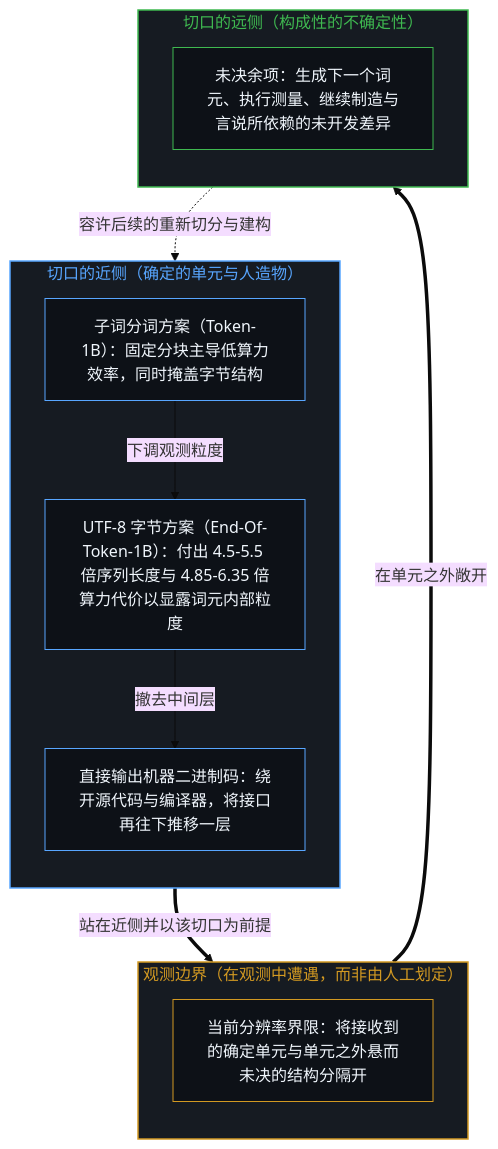
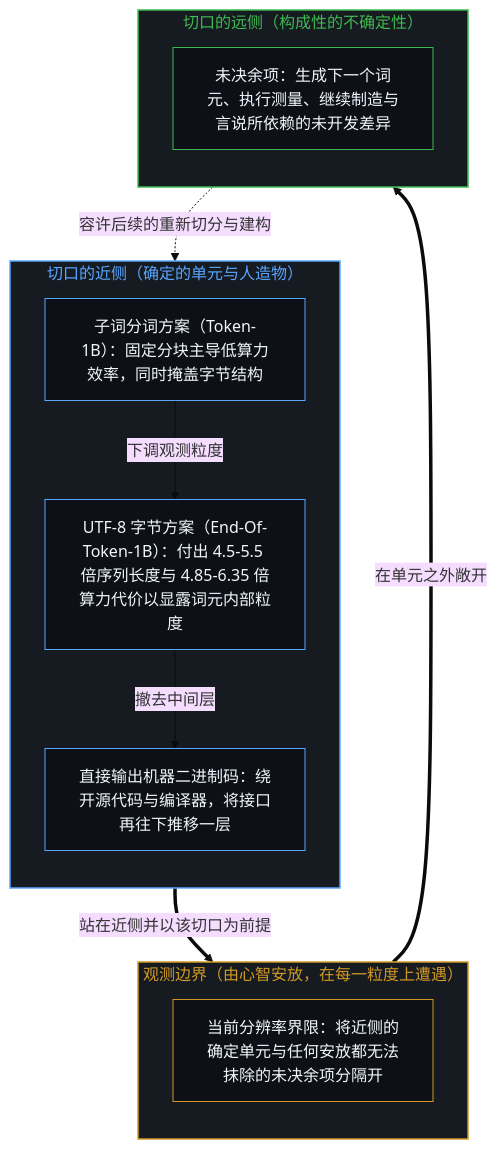
Before and after one commit to powerpig99/not-a-toe: the first of 4 diagrams in content/posts/tokens-and-the-observational-boundary.md, drawn with Mermaid (base theme). The commit also changed other lines of this file and 13 other files, not shown here.

````diff
--- a/content/posts/tokens-and-the-observational-boundary.md
+++ b/content/posts/tokens-and-the-observational-boundary.md
@@ -21,29 +21,29 @@
 ```mermaid
 flowchart TD
     subgraph S_Near["切口的近侧（确定的单元与人造物）"]
         direction TB
         N_Token["子词分词方案（Token-1B）：固定分块主导低算力效率，同时掩盖字节结构"]
         N_Byte["UTF-8 字节方案（End-Of-Token-1B）：付出 4.5-5.5 倍序列长度与 4.85-6.35 倍算力代价以显露词元内部粒度"]
         N_Bin["直接输出机器二进制码：绕开源代码与编译器，将接口再往下推移一层"]
         N_Token -->|"下调观测粒度"| N_Byte -->|"撤去中间层"| N_Bin
     end
-    subgraph S_Cut["观测边界（在观测中遭遇，而非由人工划定）"]
+    subgraph S_Cut["观测边界（由心智安放，在每一粒度上遭遇）"]
         direction TB
-        C_Bound["当前分辨率界限：将接收到的确定单元与单元之外悬而未决的结构分隔开"]
+        C_Bound["当前分辨率界限：将近侧的确定单元与任何安放都无法抹除的未决余项分隔开"]
     end
     subgraph S_Far["切口的远侧（构成性的不确定性）"]
         direction TB
         F_Indet["未决余项：生成下一个词元、执行测量、继续制造与言说所依赖的未开发差异"]
     end
     N_Bin ==>|"站在近侧并以该切口为前提"| C_Bound
     C_Bound ==>|"在单元之外敞开"| F_Indet
     F_Indet -.->|"容许后续的重新切分与建构"| N_Token
     style S_Near fill:#161b22,stroke:#58a6ff,stroke-width:1.5px,color:#58a6ff
     style S_Cut fill:#161b22,stroke:#d29922,stroke-width:1.5px,color:#d29922
     style S_Far fill:#161b22,stroke:#3fb950,stroke-width:1.5px,color:#3fb950
     style N_Token fill:#0d1117,stroke:#58a6ff,stroke-width:1px,color:#f0f6fc
     style N_Byte fill:#0d1117,stroke:#58a6ff,stroke-width:1px,color:#f0f6fc
     style N_Bin fill:#0d1117,stroke:#58a6ff,stroke-width:1px,color:#f0f6fc
     style C_Bound fill:#0d1117,stroke:#d29922,stroke-width:1px,color:#f0f6fc
     style F_Indet fill:#0d1117,stroke:#3fb950,stroke-width:1px,color:#f0f6fc
 ```
````
